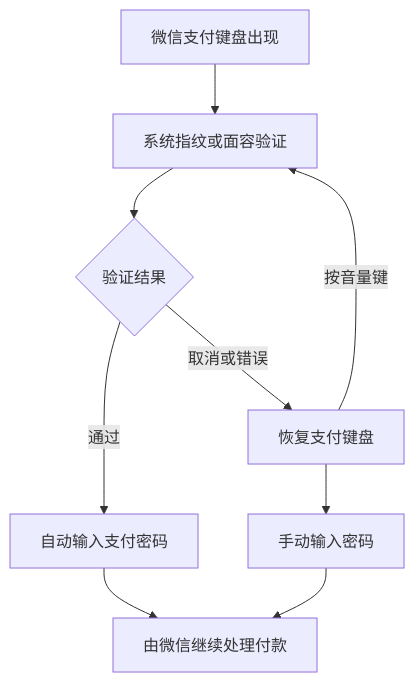
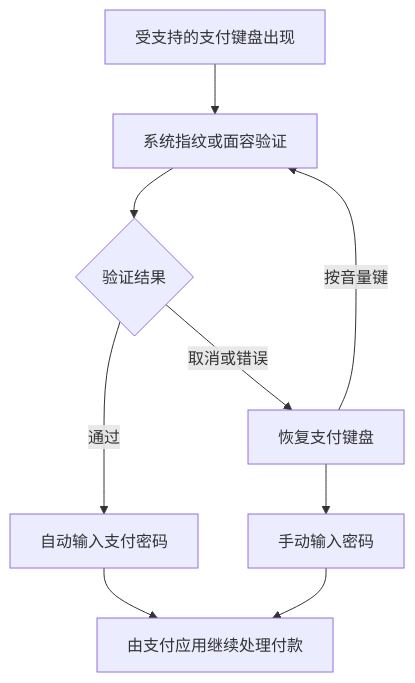
The diagram in README.md (Xposed-Modules-Repo/io.github.kiriashi.biopay), drawn with Mermaid before and after one commit. The commit also changed other lines of this file and 1 other file, not shown here.

````diff
--- a/README.md
+++ b/README.md
@@ -49,11 +40,11 @@
 ```mermaid
 flowchart TD
-    A[微信支付键盘出现] --> B[系统指纹或面容验证]
+    A[受支持的支付键盘出现] --> B[系统指纹或面容验证]
     B --> C{验证结果}
     C -->|通过| D[自动输入支付密码]
     C -->|取消或错误| E[恢复支付键盘]
     E --> F[手动输入密码]
     E -->|按音量键| B
-    D --> G[由微信继续处理付款]
+    D --> G[由支付应用继续处理付款]
     F --> G
 ```
````
